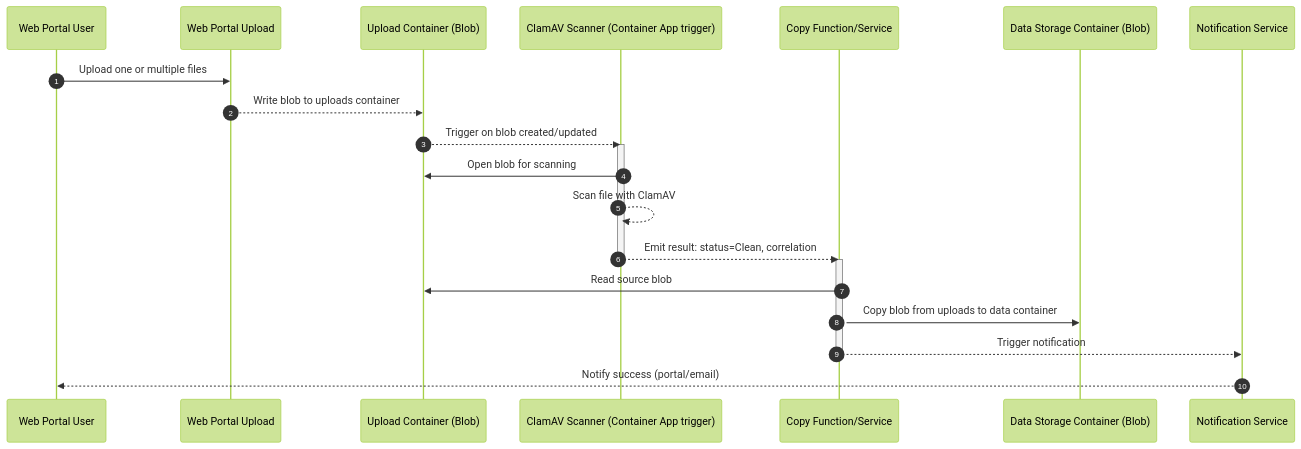
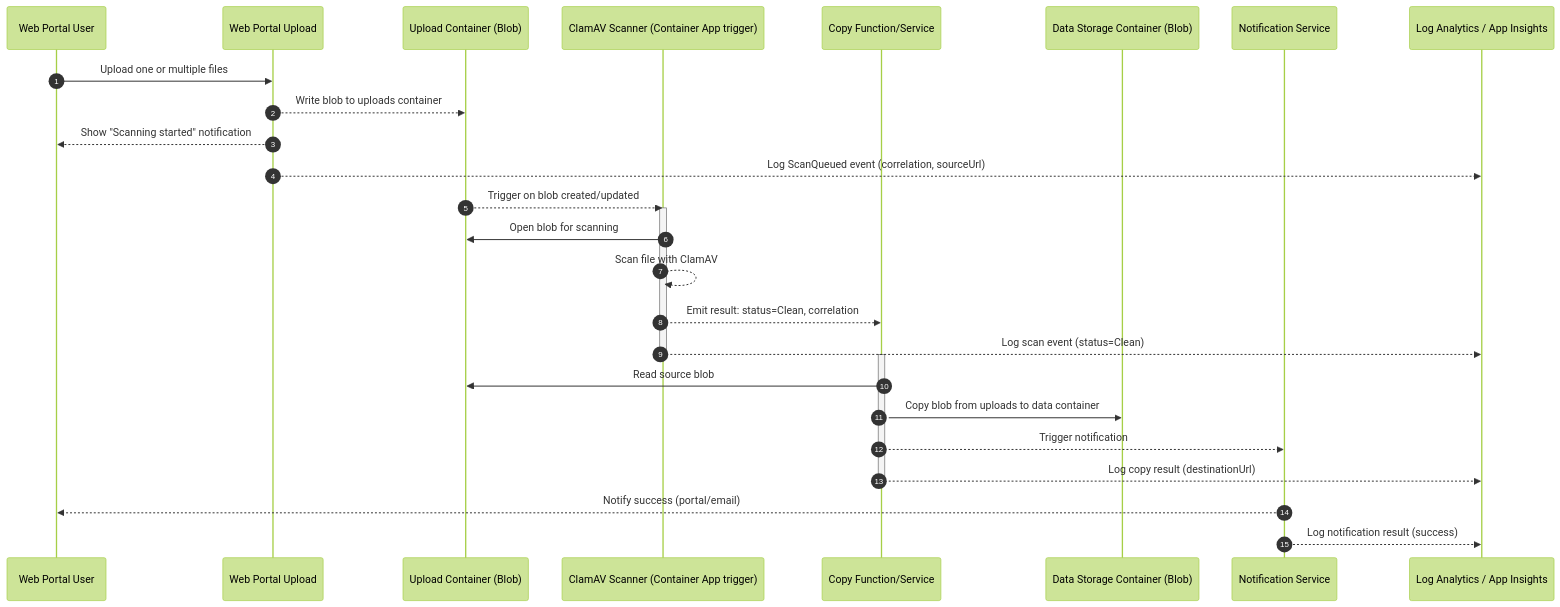
One commit to ssc-sp/datahub-docs changed the first of 2 diagrams in DeveloperGuide/ClamAV/clamav-container.md. Above: the diagram before and after it, drawn with Mermaid (forest theme). The commit also changed other lines of this file and 2 other files, not shown here.

````diff
--- a/DeveloperGuide/ClamAV/clamav-container.md
+++ b/DeveloperGuide/ClamAV/clamav-container.md
@@ -27,26 +28,32 @@
 ```mermaid
 sequenceDiagram
 autonumber
 participant U as Web Portal User
 participant UP as Web Portal Upload
 participant UC as Upload Container (Blob)
 participant AV as ClamAV Scanner (Container App trigger)
 participant CF as Copy Function/Service
 participant DC as Data Storage Container (Blob)
 participant N as Notification Service
+participant L as Log Analytics / App Insights
 
 U->>UP: Upload one or multiple files
 UP-->>UC: Write blob to uploads container
+UP-->>U: Show "Scanning started" notification
+UP-->>L: Log ScanQueued event (correlation, sourceUrl)
 UC-->>AV: Trigger on blob created/updated
 activate AV
 AV->>UC: Open blob for scanning
 AV-->>AV: Scan file with ClamAV
 AV-->>CF: Emit result: status=Clean, correlation
+AV-->>L: Log scan event (status=Clean)
 deactivate AV
 activate CF
 CF->>UC: Read source blob
 CF->>DC: Copy blob from uploads to data container
 CF-->>N: Trigger notification
+CF-->>L: Log copy result (destinationUrl)
 deactivate CF
 N-->>U: Notify success (portal/email)
+N-->>L: Log notification result (success)
 ```
````
